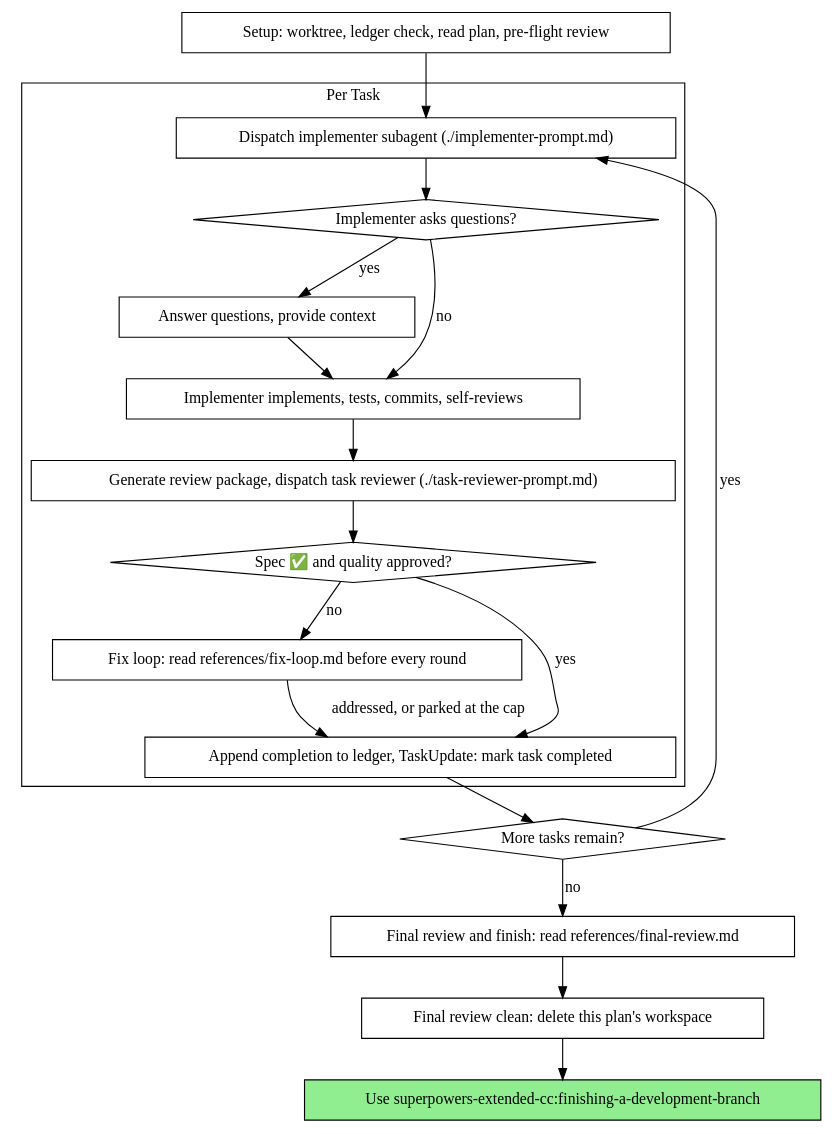
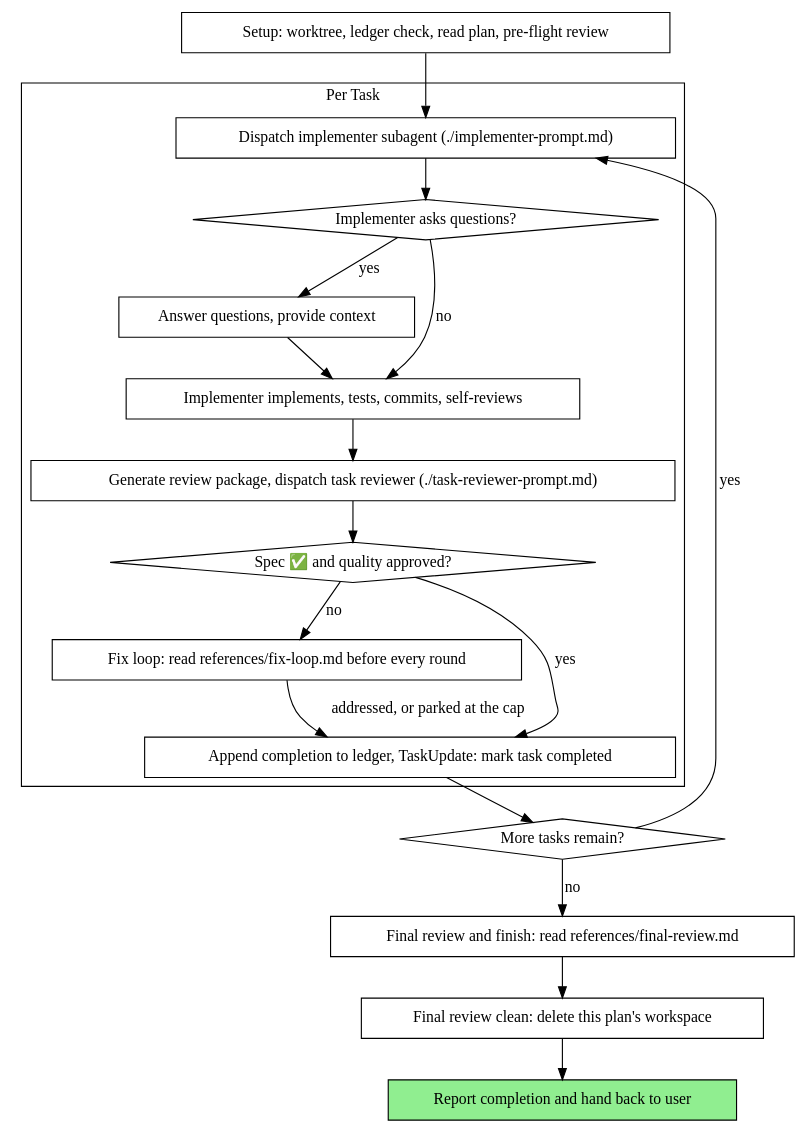
The second of 2 diagrams in skills/subagent-driven-development/SKILL.md (wisc17/superpowers), drawn with Graphviz before and after one commit. The commit also changed 5 other files, not shown here.

First line of the commit message:
chore: park finishing-a-development-branch and its handoff

````diff
--- a/skills/subagent-driven-development/SKILL.md
+++ b/skills/subagent-driven-development/SKILL.md
@@ -58,39 +58,39 @@
 ```dot
 digraph process {
     rankdir=TB;
 
     subgraph cluster_per_task {
         label="Per Task";
         "Dispatch implementer subagent (./implementer-prompt.md)" [shape=box];
         "Implementer asks questions?" [shape=diamond];
         "Answer questions, provide context" [shape=box];
         "Implementer implements, tests, commits, self-reviews" [shape=box];
         "Generate review package, dispatch task reviewer (./task-reviewer-prompt.md)" [shape=box];
         "Spec ✅ and quality approved?" [shape=diamond];
         "Fix loop: read references/fix-loop.md before every round" [shape=box];
         "Append completion to ledger, TaskUpdate: mark task completed" [shape=box];
     }
 
     "Setup: worktree, ledger check, read plan, pre-flight review" [shape=box];
     "More tasks remain?" [shape=diamond];
     "Final review and finish: read references/final-review.md" [shape=box];
     "Final review clean: delete this plan's workspace" [shape=box];
-    "Use superpowers-extended-cc:finishing-a-development-branch" [shape=box style=filled fillcolor=lightgreen];
+    "Report completion and hand back to user" [shape=box style=filled fillcolor=lightgreen];
 
     "Setup: worktree, ledger check, read plan, pre-flight review" -> "Dispatch implementer subagent (./implementer-prompt.md)";
     "Dispatch implementer subagent (./implementer-prompt.md)" -> "Implementer asks questions?";
     "Implementer asks questions?" -> "Answer questions, provide context" [label="yes"];
     "Answer questions, provide context" -> "Implementer implements, tests, commits, self-reviews";
     "Implementer asks questions?" -> "Implementer implements, tests, commits, self-reviews" [label="no"];
     "Implementer implements, tests, commits, self-reviews" -> "Generate review package, dispatch task reviewer (./task-reviewer-prompt.md)";
     "Generate review package, dispatch task reviewer (./task-reviewer-prompt.md)" -> "Spec ✅ and quality approved?";
     "Spec ✅ and quality approved?" -> "Append completion to ledger, TaskUpdate: mark task completed" [label="yes"];
     "Spec ✅ and quality approved?" -> "Fix loop: read references/fix-loop.md before every round" [label="no"];
     "Fix loop: read references/fix-loop.md before every round" -> "Append completion to ledger, TaskUpdate: mark task completed" [label="addressed, or parked at the cap"];
     "Append completion to ledger, TaskUpdate: mark task completed" -> "More tasks remain?";
     "More tasks remain?" -> "Dispatch implementer subagent (./implementer-prompt.md)" [label="yes"];
     "More tasks remain?" -> "Final review and finish: read references/final-review.md" [label="no"];
     "Final review and finish: read references/final-review.md" -> "Final review clean: delete this plan's workspace";
-    "Final review clean: delete this plan's workspace" -> "Use superpowers-extended-cc:finishing-a-development-branch";
+    "Final review clean: delete this plan's workspace" -> "Report completion and hand back to user";
 }
 ```
````
